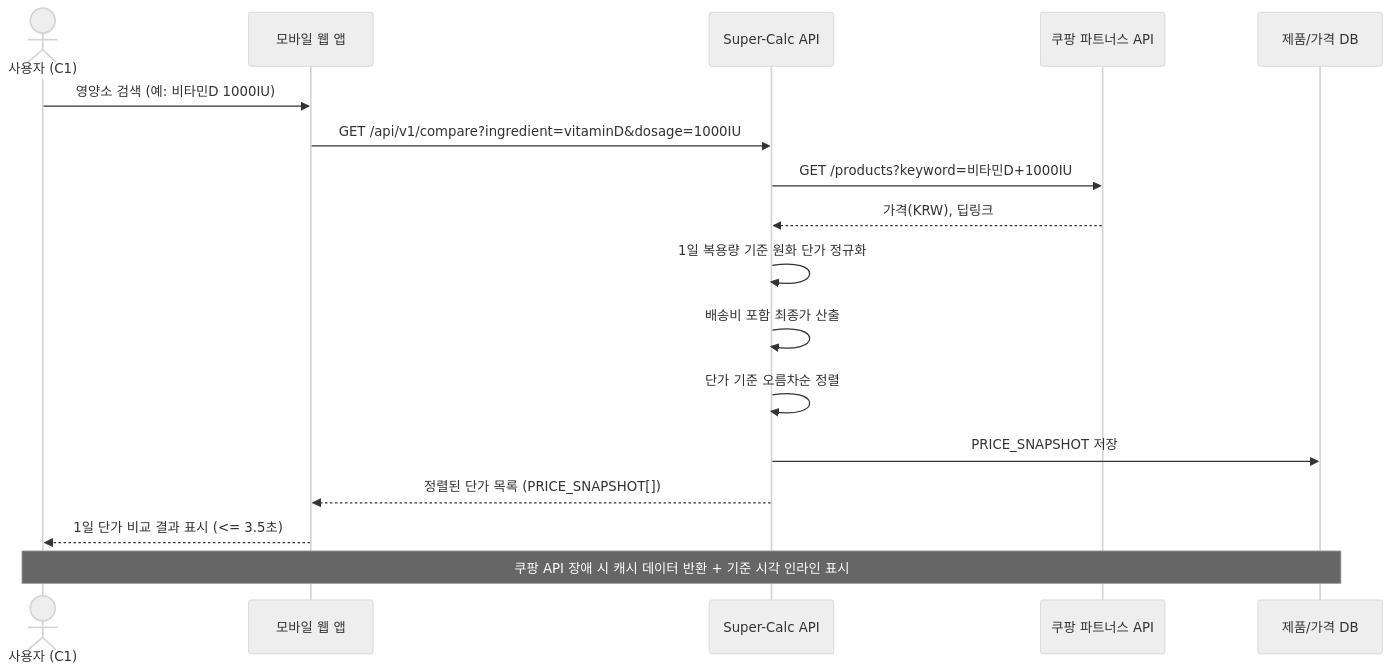
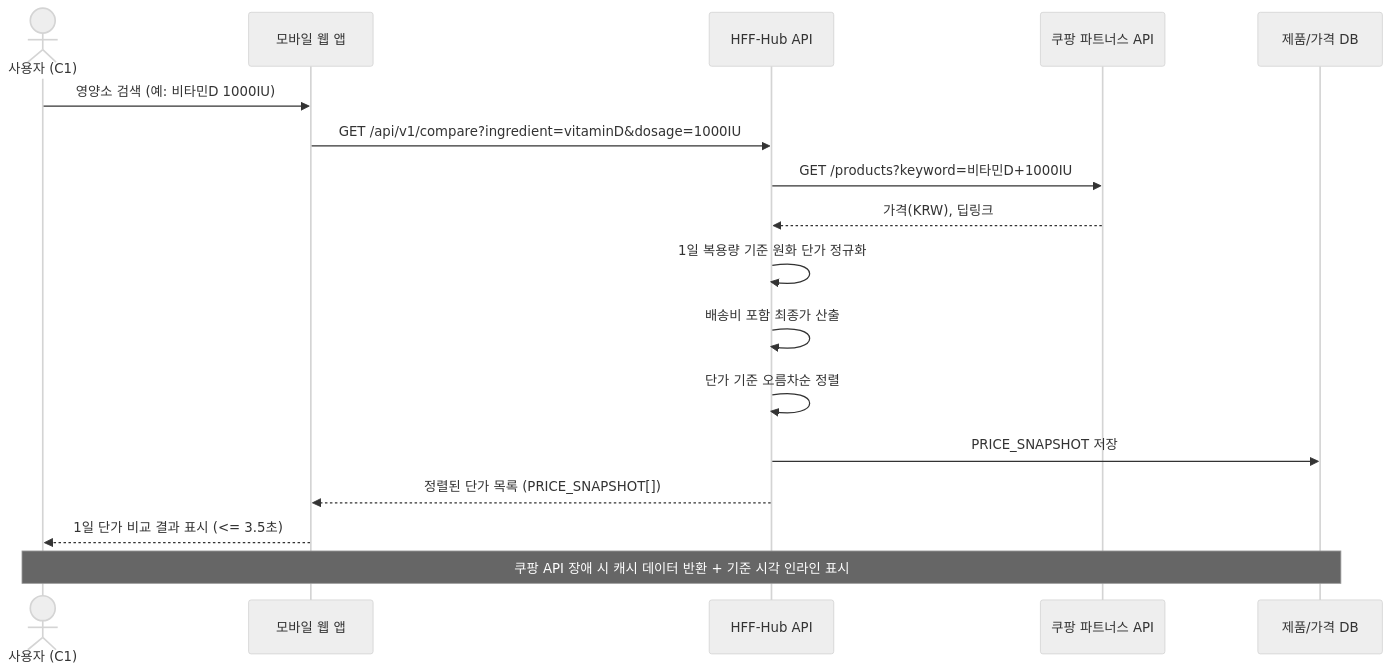
Before and after one commit to wild-mental/hff-hub-workbase: the first of 11 diagrams in raw/05_SRS_v1.md, drawn with Mermaid (neutral theme). The commit also changed other lines of this file and 54 other files, not shown here.

Commit message:
프로젝트명을 HFF-Hub (Health Functional Food Hub) 로 통일

````diff
--- a/raw/05_SRS_v1.md
+++ b/raw/05_SRS_v1.md
@@ -228,23 +228,23 @@
 ```mermaid
 sequenceDiagram
     actor User as 사용자 (C1)
     participant Web as 모바일 웹 앱
-    participant API as Super-Calc API
+    participant API as HFF-Hub API
     participant Coupang as 쿠팡 파트너스 API
     participant DB as 제품/가격 DB
 
     User->>Web: 영양소 검색 (예: 비타민D 1000IU)
     Web->>API: GET /api/v1/compare?ingredient=vitaminD&dosage=1000IU
     
     API->>Coupang: GET /products?keyword=비타민D+1000IU
     Coupang-->>API: 가격(KRW), 딥링크
 
     API->>API: 1일 복용량 기준 원화 단가 정규화
     API->>API: 배송비 포함 최종가 산출
     API->>API: 단가 기준 오름차순 정렬
     API->>DB: PRICE_SNAPSHOT 저장
     API-->>Web: 정렬된 단가 목록 (PRICE_SNAPSHOT[])
     Web-->>User: 1일 단가 비교 결과 표시 (<= 3.5초)
 
     Note over User,DB: 쿠팡 API 장애 시 캐시 데이터 반환 + 기준 시각 인라인 표시
 ```
````
